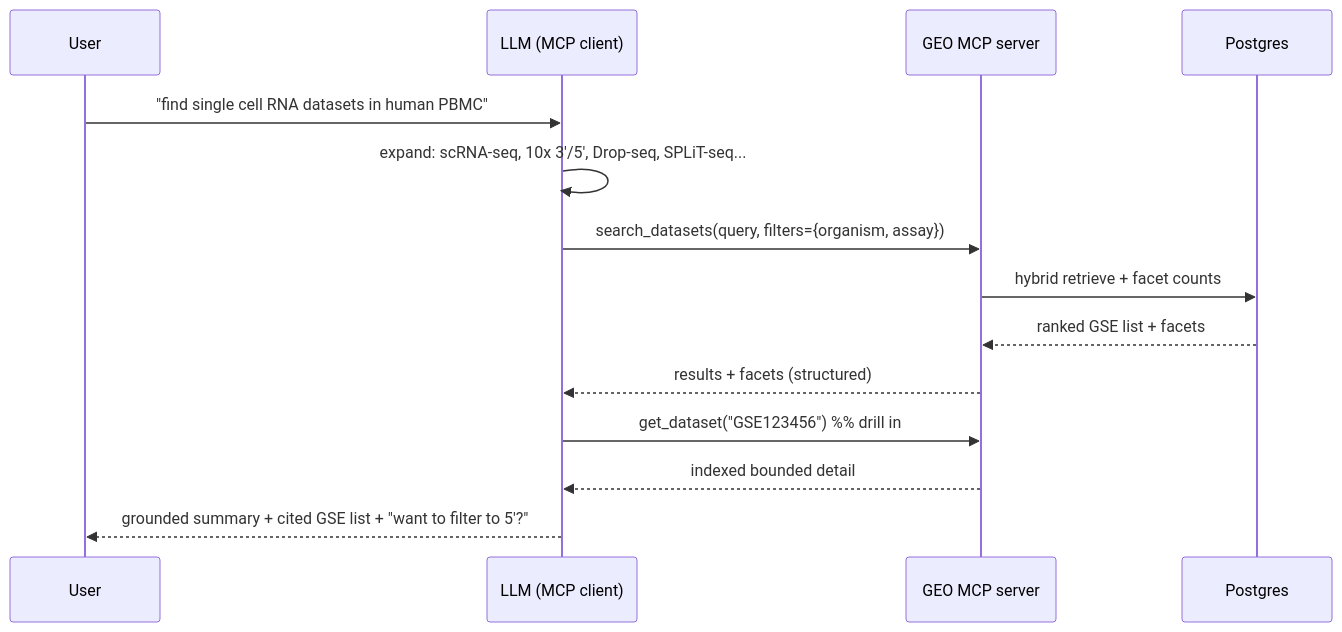
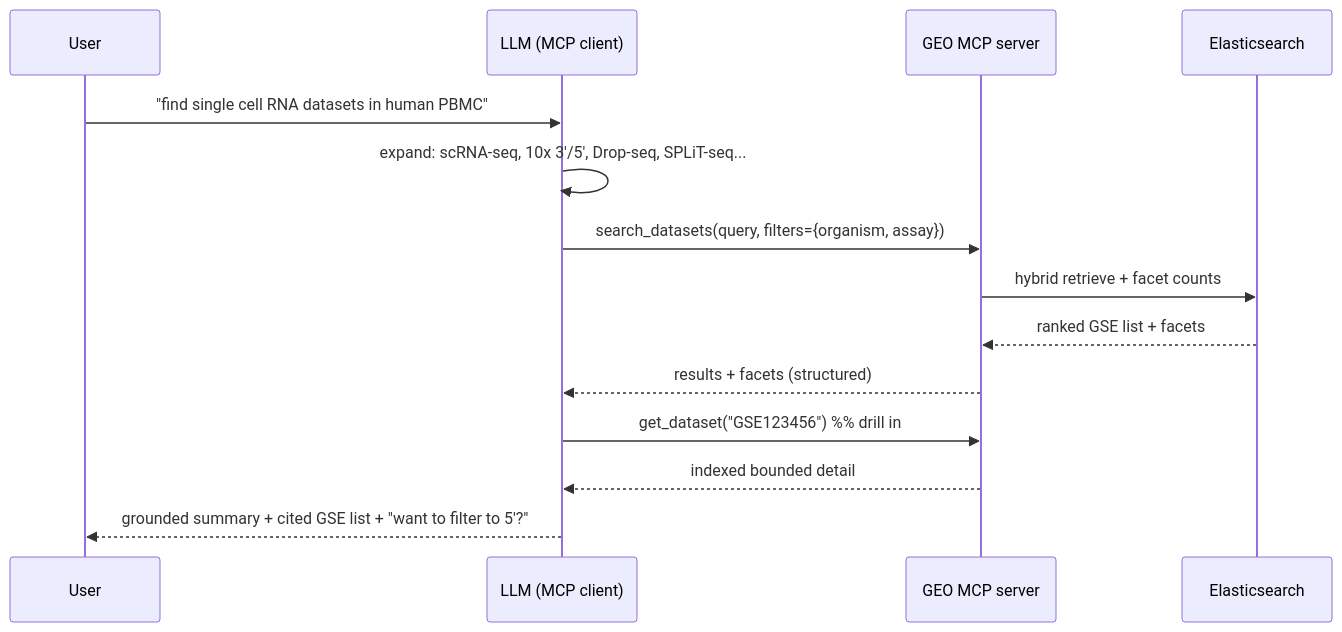
Before and after one commit to kevinwuhoo/GEOscope: the diagram in wiki/27-MCP-Interface.md, drawn with Mermaid. The commit also changed other lines of this file and 6 other files, not shown here.

````diff
--- a/wiki/27-MCP-Interface.md
+++ b/wiki/27-MCP-Interface.md
@@ -48,16 +48,16 @@
 ```mermaid
 sequenceDiagram
   participant U as User
   participant L as LLM (MCP client)
   participant S as GEO MCP server
-  participant PG as Postgres
+  participant ES as Elasticsearch
   U->>L: "find single cell RNA datasets in human PBMC"
   L->>L: expand: scRNA-seq, 10x 3'/5', Drop-seq, SPLiT-seq...
   L->>S: search_datasets(query, filters={organism, assay})
-  S->>PG: hybrid retrieve + facet counts
-  PG-->>S: ranked GSE list + facets
+  S->>ES: hybrid retrieve + facet counts
+  ES-->>S: ranked GSE list + facets
   S-->>L: results + facets (structured)
   L->>S: get_dataset("GSE123456")   %% drill in
   S-->>L: indexed bounded detail
   L-->>U: grounded summary + cited GSE list + "want to filter to 5'?"
 ```
````
